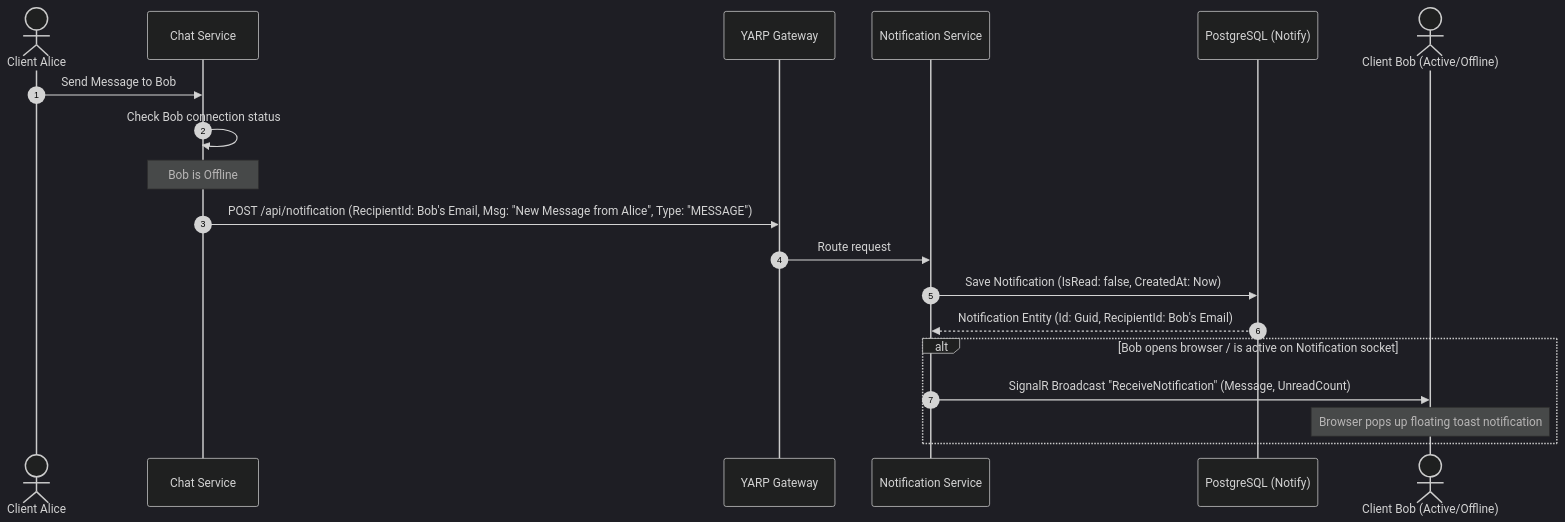
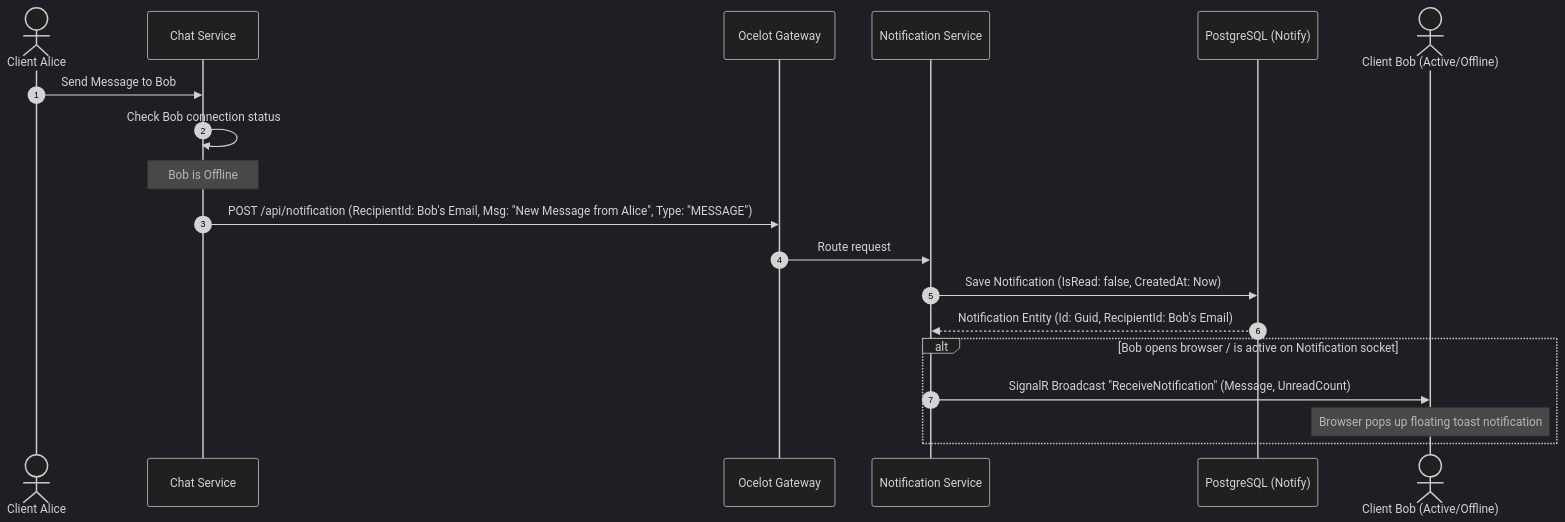
The fourth of 6 diagrams in README.md (Abhishekmaheshwari123/Real_Time_Chat_Application), drawn with Mermaid (dark theme) before and after one commit. The commit also changed other lines of this file, not shown here.

Commit message:
Replace YARP with Ocelot in README

````diff
--- a/README.md
+++ b/README.md
@@ -189,23 +189,23 @@
 ```mermaid
 sequenceDiagram
     autonumber
     actor Alice as Client Alice
     participant Chat as Chat Service
-    participant Gateway as YARP Gateway
+    participant Gateway as Ocelot Gateway
     participant Notify as Notification Service
     participant NotifyDB as PostgreSQL (Notify)
     actor Bob as Client Bob (Active/Offline)
 
     Alice->>Chat: Send Message to Bob
     Chat->>Chat: Check Bob connection status
     Note over Chat: Bob is Offline
     Chat->>Gateway: POST /api/notification (RecipientId: Bob's Email, Msg: "New Message from Alice", Type: "MESSAGE")
     Gateway->>Notify: Route request
     Notify->>NotifyDB: Save Notification (IsRead: false, CreatedAt: Now)
     NotifyDB-->>Notify: Notification Entity (Id: Guid, RecipientId: Bob's Email)
     
     alt Bob opens browser / is active on Notification socket
         Notify->>Bob: SignalR Broadcast "ReceiveNotification" (Message, UnreadCount)
         Note over Bob: Browser pops up floating toast notification
     end
 ```
````
